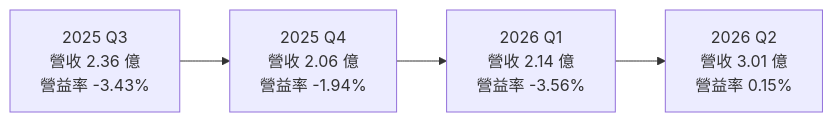
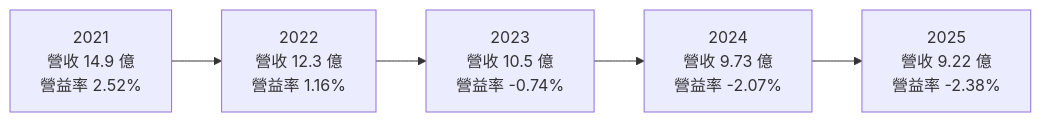
Before and after one commit to wangnick1004/taiwan-stock-vault: the third of 4 diagrams in 個股/台股/3268海德威.md, drawn with Mermaid. The commit also changed other lines of this file and 142 other files, not shown here.

````diff
--- a/個股/台股/3268海德威.md
+++ b/個股/台股/3268海德威.md
@@ -139,4 +137,4 @@
 ```mermaid
 flowchart LR
-    Q3["2025 Q3<br/>營收 2.36 億<br/>營益率 -3.43%"] --> Q4["2025 Q4<br/>營收 2.06 億<br/>營益率 -1.94%"] --> Q1["2026 Q1<br/>營收 2.14 億<br/>營益率 -3.56%"] --> Q2["2026 Q2<br/>營收 3.01 億<br/>營益率 0.15%"]
+    Y21["2021<br/>營收 14.9 億<br/>營益率 2.52%"] --> Y22["2022<br/>營收 12.3 億<br/>營益率 1.16%"] --> Y23["2023<br/>營收 10.5 億<br/>營益率 -0.74%"] --> Y24["2024<br/>營收 9.73 億<br/>營益率 -2.07%"] --> Y25["2025<br/>營收 9.22 億<br/>營益率 -2.38%"]
 ```
````
